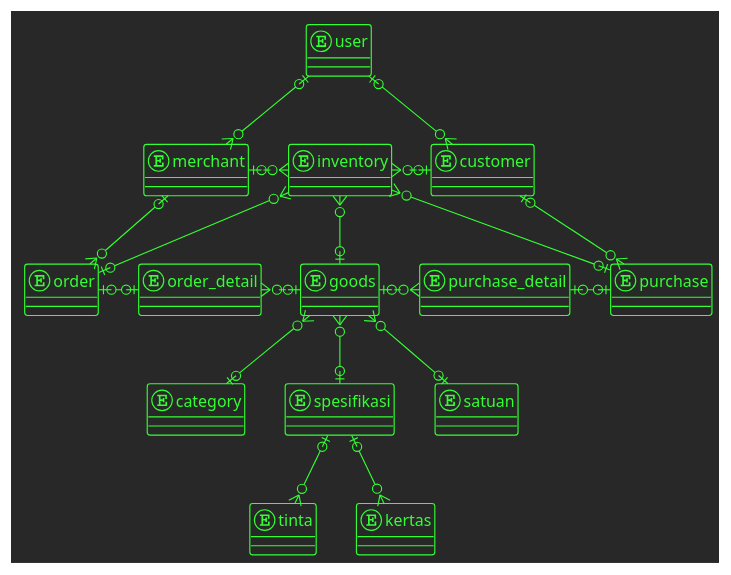
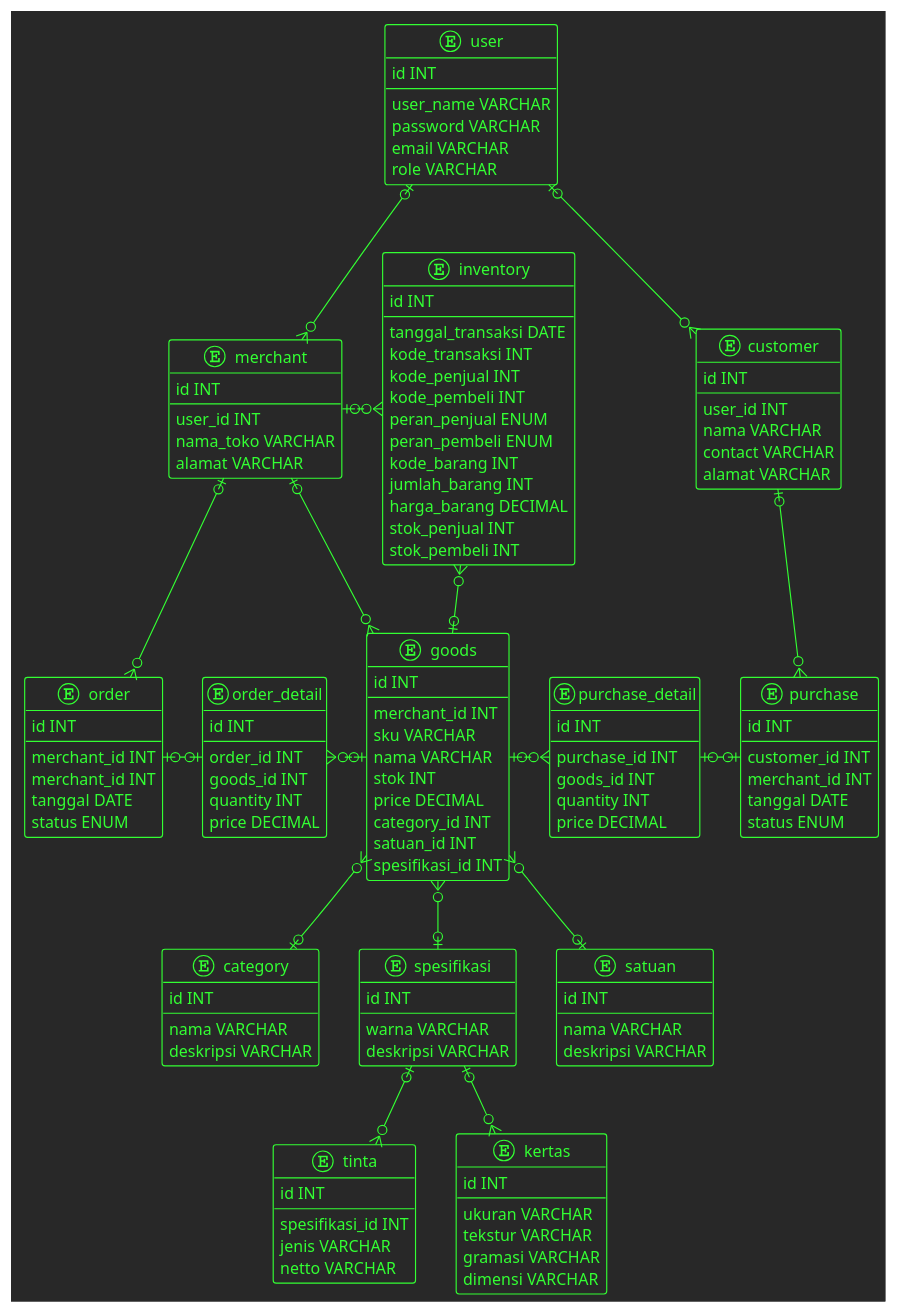
Before and after one commit to kaattuu/abucom_erd: the diagram in abucom_erd.puml, drawn with PlantUML. The commit also changed 3 other files, not shown here.

```diff
--- a/abucom_erd.puml
+++ b/abucom_erd.puml
@@ -1,87 +1,161 @@
 @startuml
 !theme crt-green
 ' !theme crt-amber
 
 entity user {
-
+    id INT
+    --
+    user_name VARCHAR
+    password VARCHAR
+    email VARCHAR
+    role VARCHAR
 }
 
 entity merchant {
-    
+    id INT
+    --
+    user_id INT
+    nama_toko VARCHAR
+    alamat VARCHAR
 }
 
 entity inventory {
-    
+    id INT
+    --
+    tanggal_transaksi DATE
+    kode_transaksi INT
+    kode_penjual INT
+    kode_pembeli INT
+    peran_penjual ENUM
+    peran_pembeli ENUM
+    kode_barang INT
+    jumlah_barang INT
+    harga_barang DECIMAL
+    stok_penjual INT
+    stok_pembeli INT
 }
 
 entity customer {
-    
+    id INT
+    --
+    user_id INT
+    nama VARCHAR
+    contact VARCHAR
+    alamat VARCHAR
 }
 
 entity order {
-    
+    id INT
+    --
+    merchant_id INT
+    merchant_id INT
+    tanggal DATE
+    status ENUM
 }
 
 entity order_detail {
-    
+    id INT
+    --
+    order_id INT
+    goods_id INT
+    quantity INT
+    price DECIMAL
 }
 
 entity goods {
-    
+    id INT
+    --
+    merchant_id INT
+    sku VARCHAR
+    nama VARCHAR
+    stok INT
+    price DECIMAL
+    category_id INT
+    satuan_id INT
+    spesifikasi_id INT
 }
 
 entity purchase_detail {
-    
+    id INT
+    --
+    purchase_id INT
+    goods_id INT
+    quantity INT
+    price DECIMAL
 }
 
 entity purchase {
-    
+    id INT
+    --
+    customer_id INT
+    merchant_id INT
+    tanggal DATE
+    status ENUM
 }
 
 entity category {
-    
+    id INT
+    --
+    nama VARCHAR
+    deskripsi VARCHAR
 }
 
 entity spesifikasi {
-    
+    id INT
+    --
+    warna VARCHAR
+    deskripsi VARCHAR
 }
 
 entity satuan {
-    
+    id INT
+    --
+    nama VARCHAR
+    deskripsi VARCHAR
 }
 
 entity tinta {
-    
+    id INT
+    --
+    spesifikasi_id INT
+    jenis VARCHAR
+    netto VARCHAR
 }
 
 entity kertas {
-    
+    id INT
+    --
+    ukuran VARCHAR
+    tekstur VARCHAR
+    gramasi VARCHAR
+    dimensi VARCHAR
 }
 
 user |o--o{ merchant
 user |o--o{ customer
 
 inventory }o--left--o|  merchant
-inventory }o--right--o| customer
+' inventory }o--right--o| customer
 
 inventory }o--o| goods
+merchant  |o--o{ goods
 merchant  |o--o{ order
 customer  |o--o{ purchase
-inventory }o--o| order
-inventory }o--o| purchase
+' inventory }o--o| order
+' inventory }o--o| purchase
 
 order    |o-right-o| order_detail
 purchase |o-left-o|  purchase_detail
 
 goods |o-left-o{ order_detail
 goods |o-right-o{ purchase_detail
 
 goods }o--o| category
 goods }o--o| spesifikasi
 goods }o--o| satuan
 
 spesifikasi |o--o{ tinta
 spesifikasi |o--o{ kertas
 
 
 @enduml
```
